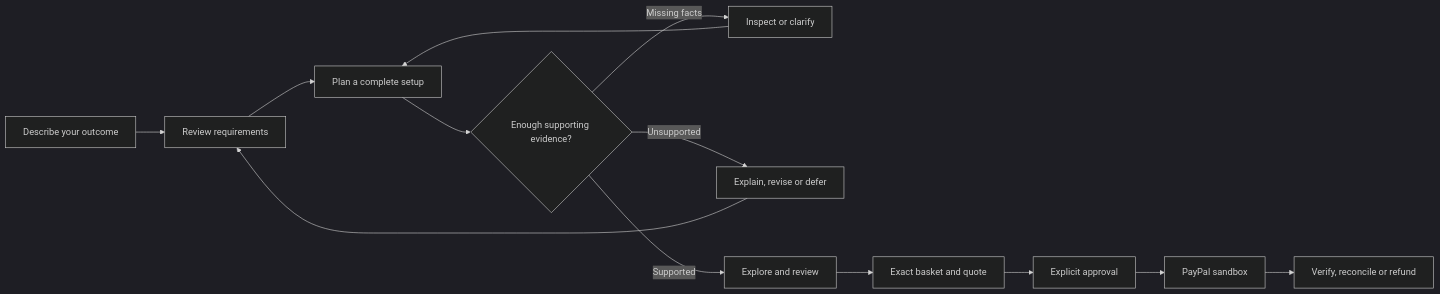
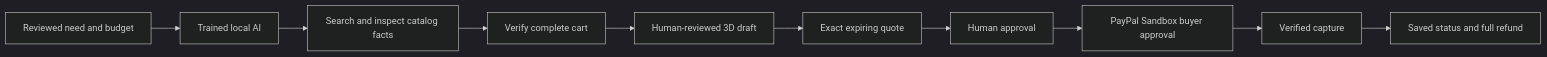
The first of 2 diagrams in README.md (usmanmohammed2306/IntentCart), drawn with Mermaid (dark theme) before and after one commit. The commit also changed other lines of this file and 76 other files, not shown here.

Commit message:
feat: add trained workspace planning and reviewed PayPal checkout

````diff
--- a/README.md
+++ b/README.md
@@ -47,15 +33,12 @@
 ```mermaid
 flowchart LR
-    A[Describe your outcome] --> B[Review requirements]
-    B --> C[Plan a complete setup]
-    C --> D{Enough supporting evidence?}
-    D -->|Missing facts| E[Inspect or clarify]
-    E --> C
-    D -->|Unsupported| F[Explain, revise or defer]
-    F --> B
-    D -->|Supported| G[Explore and review]
-    G --> H[Exact basket and quote]
-    H --> I[Explicit approval]
-    I --> J[PayPal sandbox]
-    J --> K[Verify, reconcile or refund]
+    G[Reviewed need and budget] --> A[Trained local AI]
+    A --> T[Search and inspect catalog facts]
+    T --> V[Verify complete cart]
+    V --> D[Human-reviewed 3D draft]
+    D --> Q[Exact expiring quote]
+    Q --> H[Human approval]
+    H --> P[PayPal Sandbox buyer approval]
+    P --> C[Verified capture]
+    C --> R[Saved status and full refund]
 ```
````
